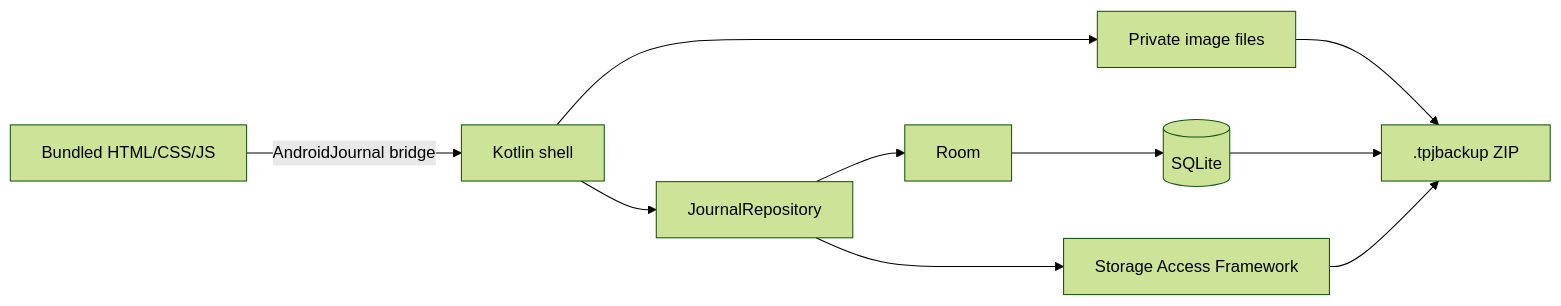
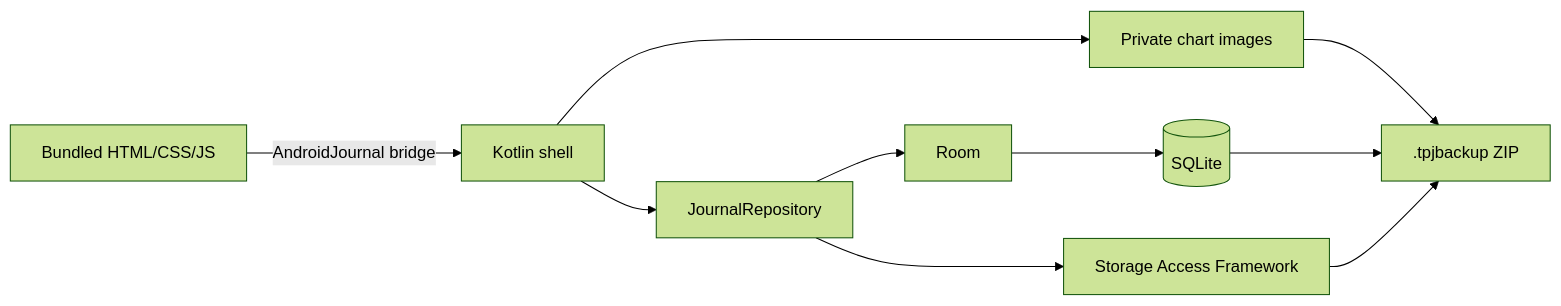
One commit to rahmatmaul/trading-pnl-journal-android changed the diagram in README.md. Above: the diagram before and after it, drawn with Mermaid (forest theme). The commit also changed other lines of this file and 10 other files, not shown here.

````diff
--- a/README.md
+++ b/README.md
@@ -89,12 +83,12 @@
 ```mermaid
 flowchart LR
     UI[Bundled HTML/CSS/JS] -->|AndroidJournal bridge| K[Kotlin shell]
     K --> R[JournalRepository]
     R --> ROOM[Room]
     ROOM --> SQL[(SQLite)]
-    K --> IMG[Private image files]
+    K --> IMG[Private chart images]
     R --> SAF[Storage Access Framework]
     IMG --> PKG[.tpjbackup ZIP]
     SQL --> PKG
     SAF --> PKG
 ```
````
